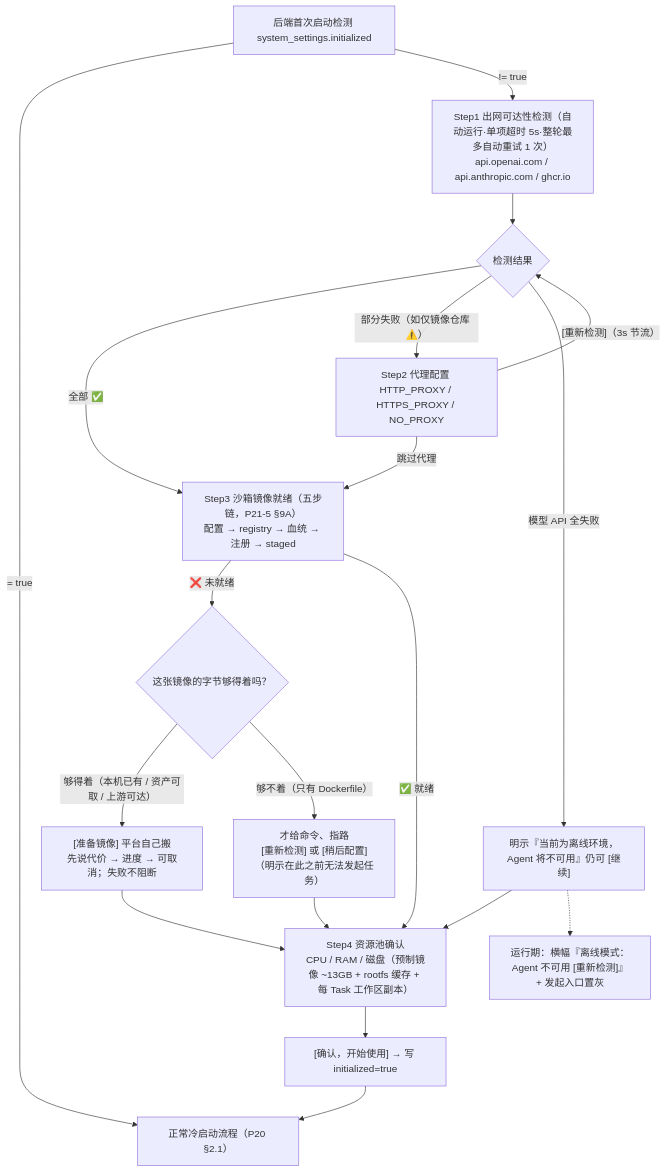
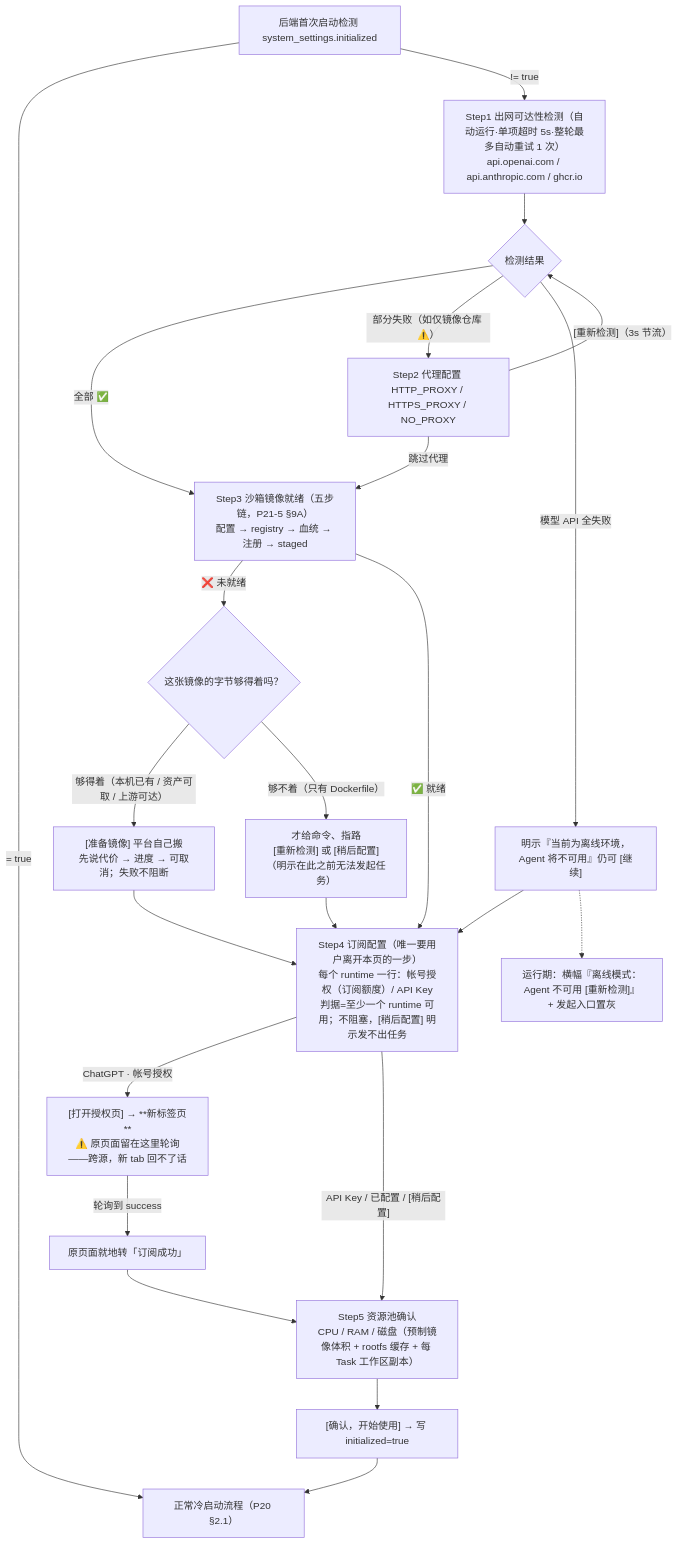
The diagram in docs/product/pages/21-8-部署与初始化.md (Xeonice/cloud-agent-platform-docs), drawn with Mermaid before and after one commit. The commit also changed other lines of this file and 2 other files, not shown here.

First line of the commit message:
docs: 启动时先做订阅配置;ChatGPT 授权改开新标签页

````diff
--- a/docs/product/pages/21-8-部署与初始化.md
+++ b/docs/product/pages/21-8-部署与初始化.md
@@ -135,21 +212,26 @@
 ```mermaid
 flowchart TD
     A["后端首次启动检测 system_settings.initialized"] -->|"= true"| Z["正常冷启动流程（P20 §2.1）"]
     A -->|"!= true"| B["Step1 出网可达性检测（自动运行·单项超时 5s·整轮最多自动重试 1 次）<br/>api.openai.com / api.anthropic.com / ghcr.io"]
     B --> C{"检测结果"}
     C -->|"全部 ✅"| M["Step3 沙箱镜像就绪（五步链，P21-5 §9A）<br/>配置 → registry → 血统 → 注册 → staged"]
     M -->|"❌ 未就绪"| MQ{"这张镜像的字节够得着吗？"}
     MQ -->|"够得着（本机已有 / 资产可取 / 上游可达）"| MP["[准备镜像] 平台自己搬<br/>先说代价 → 进度 → 可取消；失败不阻断"]
     MQ -->|"够不着（只有 Dockerfile）"| M2["才给命令、指路<br/>[重新检测] 或 [稍后配置]（明示在此之前无法发起任务）"]
-    MP --> E
-    M2 --> E
-    M -->|"✅ 就绪"| E["Step4 资源池确认<br/>CPU / RAM / 磁盘（预制镜像 ~13GB + rootfs 缓存 + 每 Task 工作区副本）"]
+    MP --> SUB
+    M2 --> SUB
+    M -->|"✅ 就绪"| SUB["Step4 订阅配置（唯一要用户离开本页的一步）<br/>每个 runtime 一行：帐号授权（订阅额度）/ API Key<br/>判据=至少一个 runtime 可用；不阻塞，[稍后配置] 明示发不出任务"]
+    SUB -->|"ChatGPT · 帐号授权"| TAB["[打开授权页] → **新标签页**<br/>⚠️ 原页面留在这里轮询——跨源，新 tab 回不了话"]
+    TAB -->|"轮询到 success"| SUB2["原页面就地转「订阅成功」"]
+    SUB2 --> E
+    SUB -->|"API Key / 已配置 / [稍后配置]"| E
+    E["Step5 资源池确认<br/>CPU / RAM / 磁盘（预制镜像体积 + rootfs 缓存 + 每 Task 工作区副本）"]
     C -->|"部分失败（如仅镜像仓库 ⚠️）"| D["Step2 代理配置 HTTP_PROXY / HTTPS_PROXY / NO_PROXY"]
     D -->|"跳过代理"| M
     C -->|"模型 API 全失败"| D2["明示『当前为离线环境，Agent 将不可用』仍可 [继续]"]
     D -->|"[重新检测]（3s 节流）"| C
-    D2 --> E
+    D2 --> SUB
     E --> F["[确认，开始使用] → 写 initialized=true"]
     F --> Z
     D2 -.-> OFF["运行期：横幅『离线模式：Agent 不可用 [重新检测]』+ 发起入口置灰"]
 ```
````
